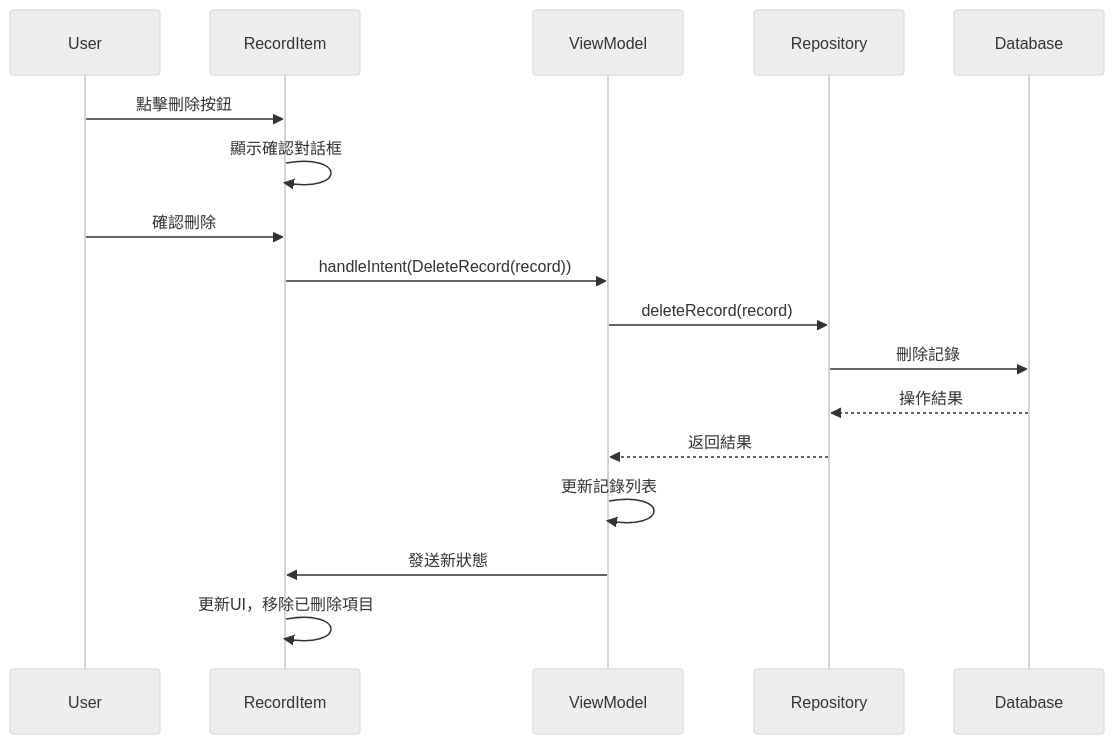
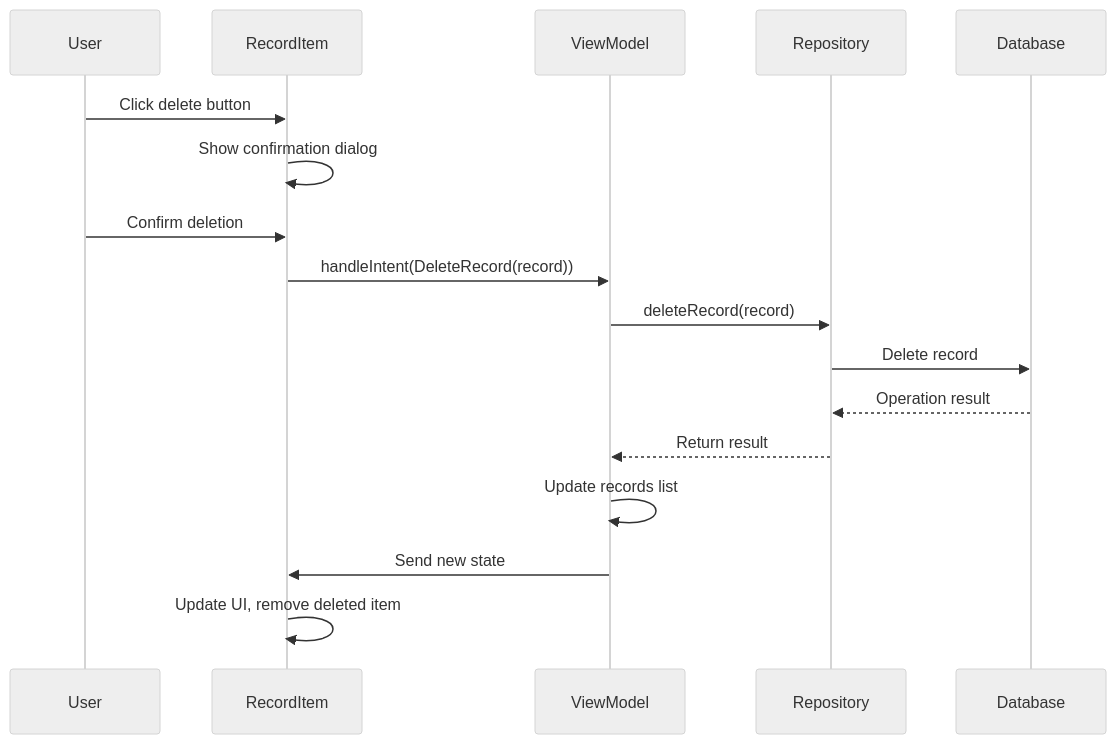
Before and after one commit to binghuan/BPTrackForAndroid: the third of 3 diagrams in TUTORIAL.md, drawn with Mermaid (neutral theme). The commit also changed other lines of this file and 4 other files, not shown here.

````diff
--- a/TUTORIAL.md
+++ b/TUTORIAL.md
@@ -302,21 +302,21 @@
 ```mermaid
 sequenceDiagram
     participant User
     participant RecordItem
     participant ViewModel
     participant Repository
     participant Database
 
-    User->>RecordItem: 點擊刪除按鈕
-    RecordItem->>RecordItem: 顯示確認對話框
+    User->>RecordItem: Click delete button
+    RecordItem->>RecordItem: Show confirmation dialog
 
-    User->>RecordItem: 確認刪除
+    User->>RecordItem: Confirm deletion
     RecordItem->>ViewModel: handleIntent(DeleteRecord(record))
     ViewModel->>Repository: deleteRecord(record)
-    Repository->>Database: 刪除記錄
-    Database-->>Repository: 操作結果
-    Repository-->>ViewModel: 返回結果
-    ViewModel->>ViewModel: 更新記錄列表
-    ViewModel->>RecordItem: 發送新狀態
-    RecordItem->>RecordItem: 更新UI，移除已刪除項目
+    Repository->>Database: Delete record
+    Database-->>Repository: Operation result
+    Repository-->>ViewModel: Return result
+    ViewModel->>ViewModel: Update records list
+    ViewModel->>RecordItem: Send new state
+    RecordItem->>RecordItem: Update UI, remove deleted item
 ```
````
